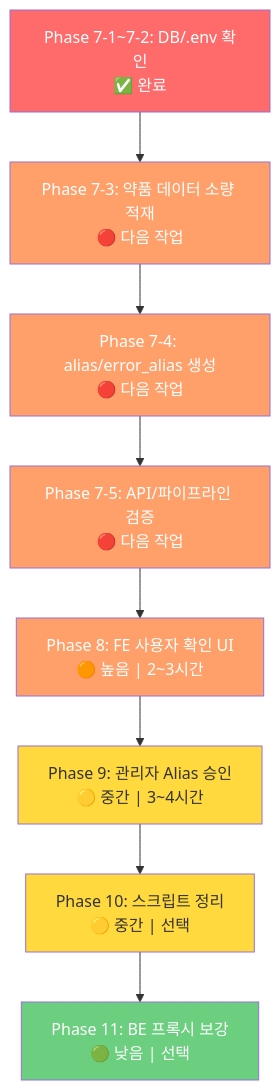
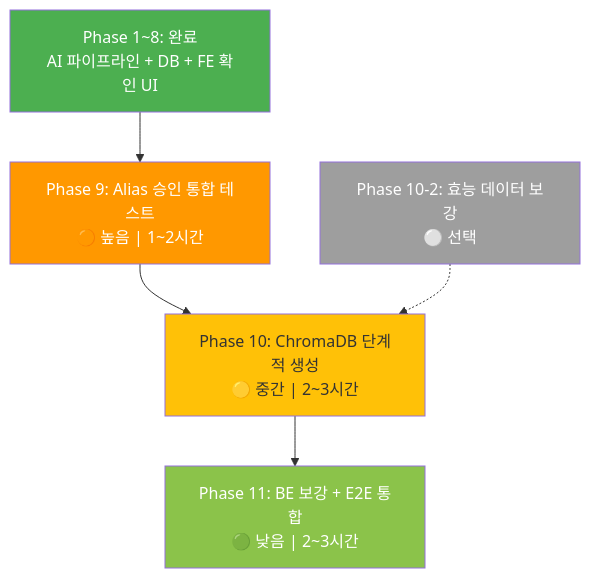
Before and after one commit to hyunn9799/my-rebuilding-project: the diagram in AI/SilverLink-AI/ocr_roadmap.md, drawn with Mermaid. The commit also changed other lines of this file and 20 other files, not shown here.

````diff
--- a/AI/SilverLink-AI/ocr_roadmap.md
+++ b/AI/SilverLink-AI/ocr_roadmap.md
@@ -476,19 +237,14 @@
 ```mermaid
 graph TD
-    A["Phase 7-1~7-2: DB/.env 확인<br/>✅ 완료"] --> B["Phase 7-3: 약품 데이터 소량 적재<br/>🔴 다음 작업"]
-    B --> C["Phase 7-4: alias/error_alias 생성<br/>🔴 다음 작업"]
-    C --> D["Phase 7-5: API/파이프라인 검증<br/>🔴 다음 작업"]
-    D --> E["Phase 8: FE 사용자 확인 UI<br/>🟠 높음 | 2~3시간"]
-    E --> F["Phase 9: 관리자 Alias 승인<br/>🟡 중간 | 3~4시간"]
-    F --> G["Phase 10: 스크립트 정리<br/>🟡 중간 | 선택"]
-    G --> H["Phase 11: BE 프록시 보강<br/>🟢 낮음 | 선택"]
+    A["Phase 1~8: 완료<br/>AI 파이프라인 + DB + FE 확인 UI"] --> B["Phase 9: Alias 승인 통합 테스트<br/>🟠 높음 | 1~2시간"]
+    B --> C["Phase 10: ChromaDB 단계적 생성<br/>🟡 중간 | 2~3시간"]
+    C --> D["Phase 11: BE 보강 + E2E 통합<br/>🟢 낮음 | 2~3시간"]
     
-    style A fill:#ff6b6b,color:#fff
-    style B fill:#ffa06b,color:#fff
-    style C fill:#ffa06b,color:#fff
-    style D fill:#ffa06b,color:#fff
-    style E fill:#ffa06b,color:#fff
-    style F fill:#ffd93d,color:#333
-    style G fill:#ffd93d,color:#333
-    style H fill:#6bcf7f,color:#fff
+    E["Phase 10-2: 효능 데이터 보강<br/>⚪ 선택"] -.-> C
+
+    style A fill:#4CAF50,color:#fff
+    style B fill:#FF9800,color:#fff
+    style C fill:#FFC107,color:#333
+    style D fill:#8BC34A,color:#fff
+    style E fill:#9E9E9E,color:#fff
 ```
````
